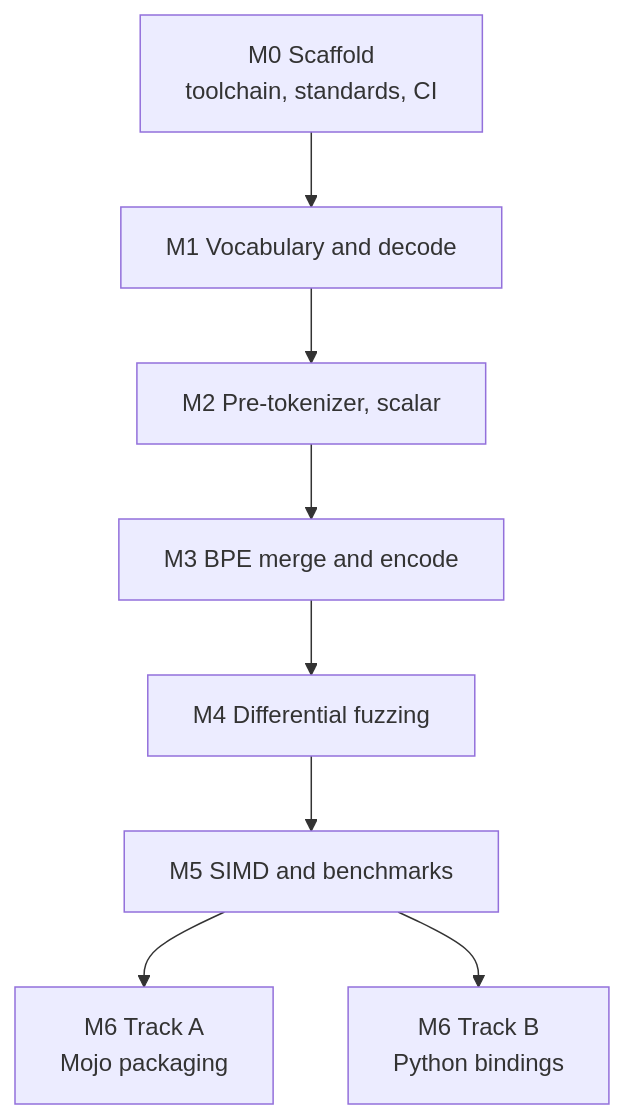
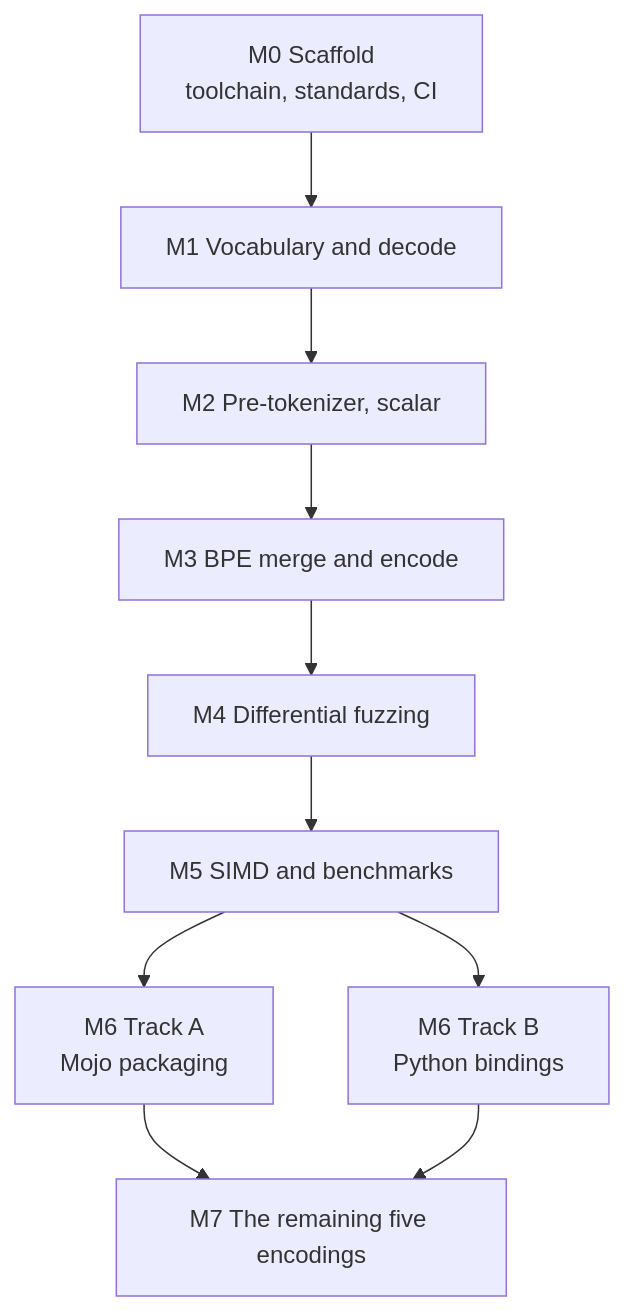
One commit to olaflaitinen/knap changed the diagram in docs/ROADMAP.md. Above: the diagram before and after it, drawn with Mermaid. The commit also changed other lines of this file and 53 other files, not shown here.

First line of the commit message:
feat(encodings): ship the remaining five tiktoken encodings

````diff
--- a/docs/ROADMAP.md
+++ b/docs/ROADMAP.md
@@ -50,12 +50,13 @@
 ```mermaid
 flowchart TD
     M0[M0 Scaffold<br/>toolchain, standards, CI] --> M1
     M1[M1 Vocabulary and decode] --> M2
     M2[M2 Pre-tokenizer, scalar] --> M3
     M3[M3 BPE merge and encode] --> M4
     M4[M4 Differential fuzzing] --> M5
     M5[M5 SIMD and benchmarks] --> M6A
     M5 --> M6B
-    M6A[M6 Track A<br/>Mojo packaging]
-    M6B[M6 Track B<br/>Python bindings]
+    M6A[M6 Track A<br/>Mojo packaging] --> M7
+    M6B[M6 Track B<br/>Python bindings] --> M7
+    M7[M7 The remaining five encodings]
 ```
````
